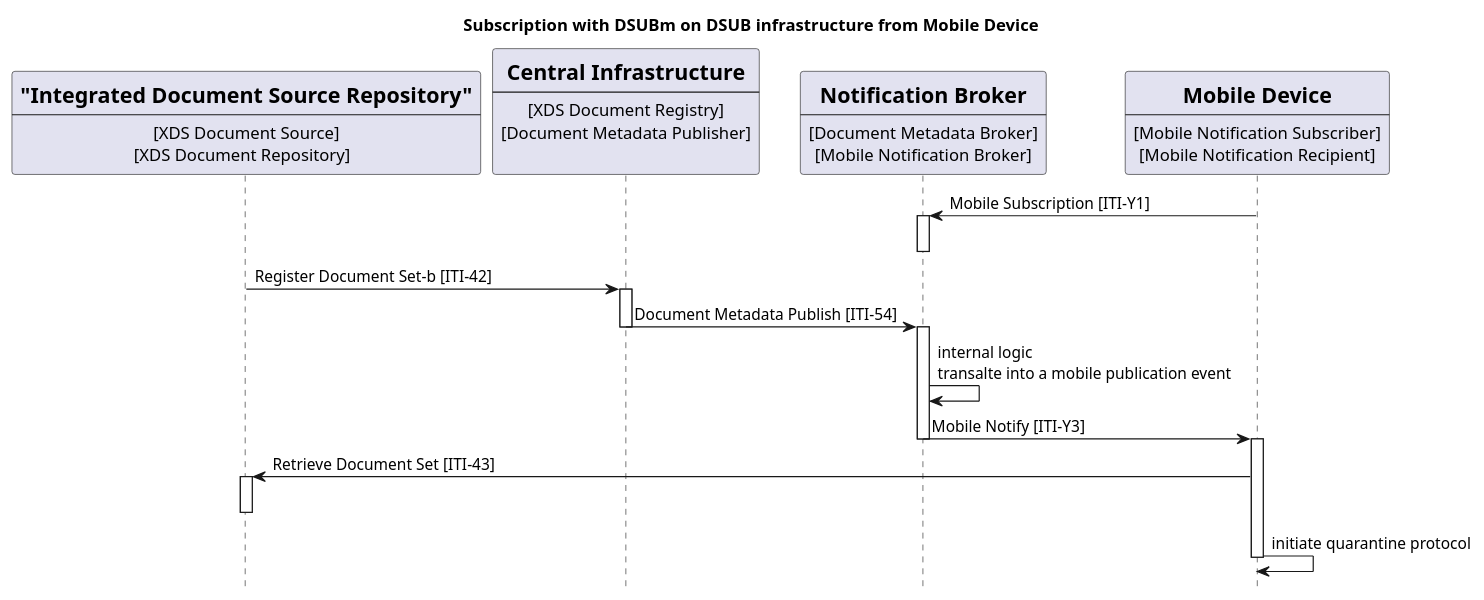
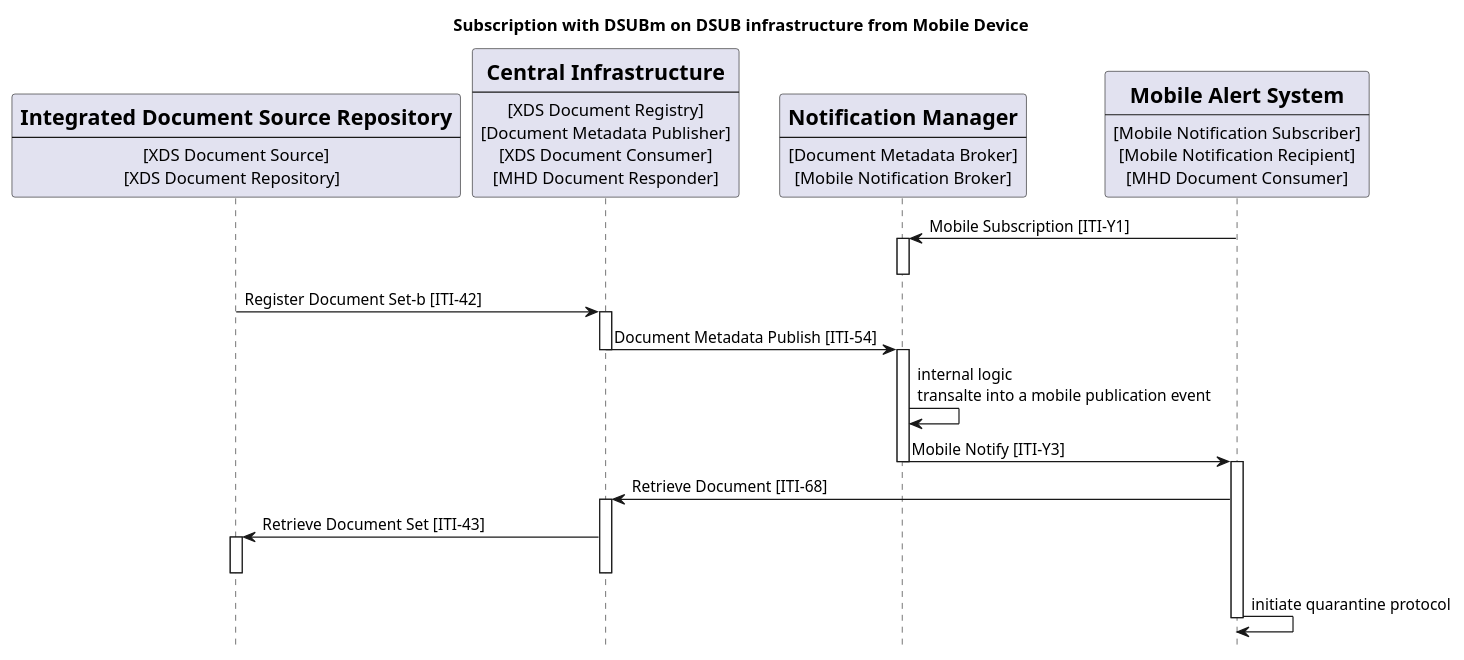
The diagram in input/images-source/usecase5-processflow.plantuml (IHE/ITI.DSUBm), drawn with PlantUML before and after one commit. The commit also changed 9 other files, not shown here.

```diff
--- a/input/images-source/usecase5-processflow.plantuml
+++ b/input/images-source/usecase5-processflow.plantuml
@@ -1,58 +1,63 @@
 @startuml
 skinparam svgDimensionStyle false
 hide footbox
 title "Subscription with DSUBm on DSUB infrastructure from Mobile Device" 
 
 
 participant Repository [
-    ="Integrated Document Source Repository"
+    =Integrated Document Source Repository
     ----
     [XDS Document Source]
     [XDS Document Repository]  
 ] 
 
 participant Central [
     =Central Infrastructure
     ----
     [XDS Document Registry]
     [Document Metadata Publisher]
-    
+    [XDS Document Consumer]
+    [MHD Document Responder]
 ] 
 
 participant Broker [
-    =Notification Broker
+    =Notification Manager
     ----
     [Document Metadata Broker]
     [Mobile Notification Broker]
 ] 
 
 
 participant MobDevice [
-    =Mobile Device
+    =Mobile Alert System 
     ----
     [Mobile Notification Subscriber]
     [Mobile Notification Recipient]
+    [MHD Document Consumer]
 ] 
 
 MobDevice -> Broker: Mobile Subscription [ITI-Y1]
 activate Broker
 deactivate Broker
 Repository -> Central: Register Document Set-b [ITI-42]
 activate Central
 Central -> Broker:  Document Metadata Publish [ITI-54]
 deactivate Central
 activate Broker
 Broker -> Broker: internal logic\ntransalte into a mobile publication event
 Broker  -> MobDevice: Mobile Notify [ITI-Y3]
 deactivate Broker
 
 activate MobDevice
-MobDevice -> Repository: Retrieve Document Set [ITI-43]
+MobDevice -> Central: Retrieve Document [ITI-68]
+activate Central
+Central -> Repository: Retrieve Document Set [ITI-43]
 activate Repository
 deactivate Repository
+deactivate Central
 MobDevice -> MobDevice: initiate quarantine protocol
 deactivate MobDevice
 
 
 
 @enduml
```
